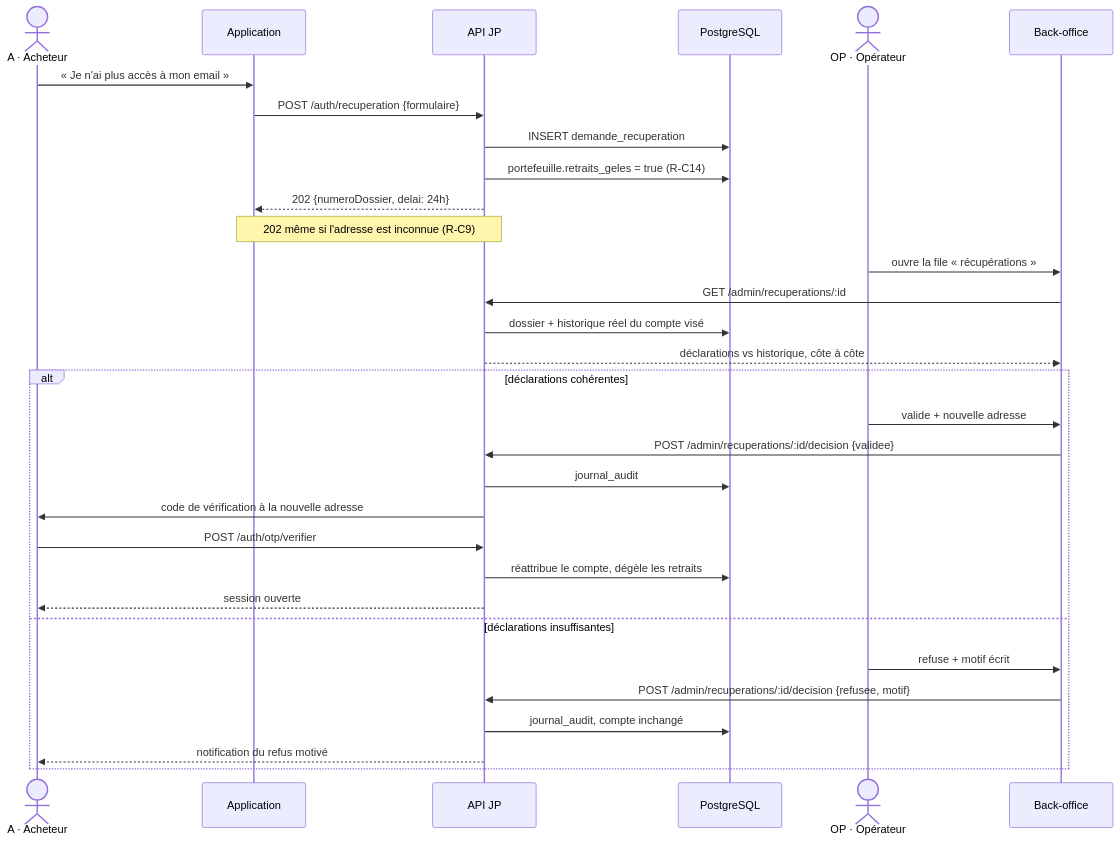
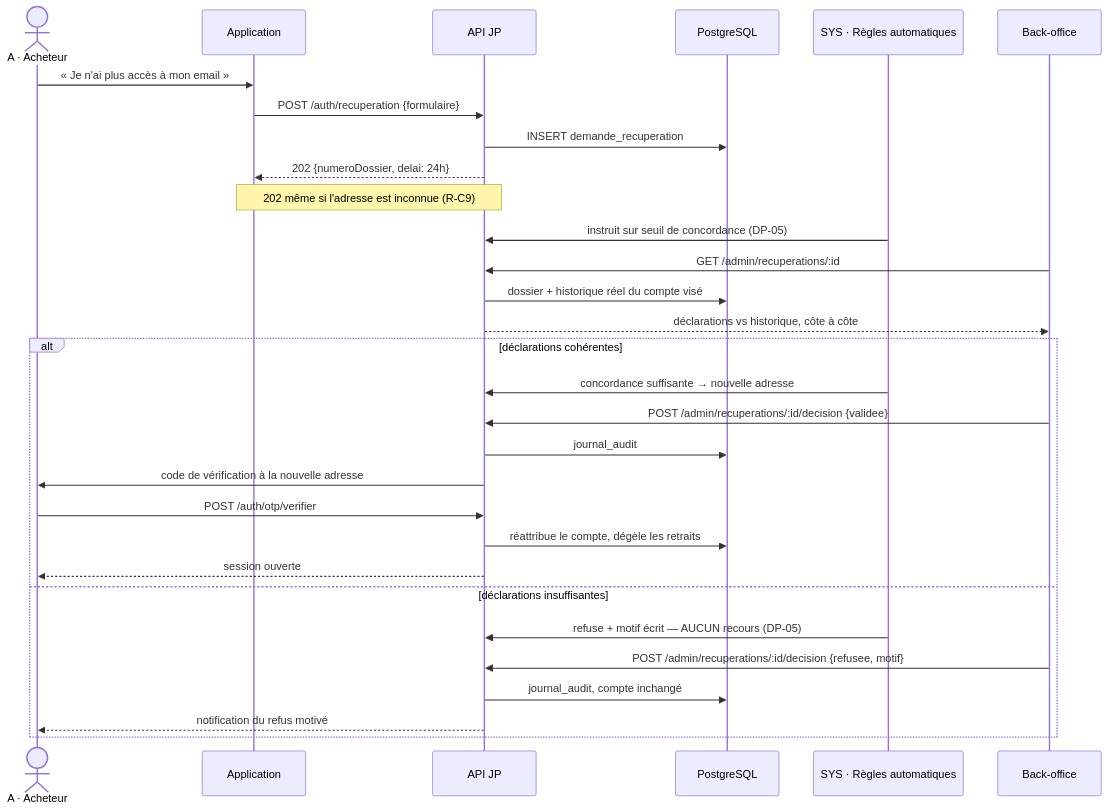
The fifth of 26 diagrams in docs/JP_CAS_UTILISATION.md (andokevin/jp), drawn with Mermaid before and after one commit. The commit also changed other lines of this file and 58 other files, not shown here.

````diff
--- a/docs/JP_CAS_UTILISATION.md
+++ b/docs/JP_CAS_UTILISATION.md
@@ -380,35 +396,34 @@
 ```mermaid
 sequenceDiagram
     actor A as A · Acheteur
     participant APP as Application
     participant API as API JP
     participant DB as PostgreSQL
-    actor OP as OP · Opérateur
+    participant SYS as SYS · Règles automatiques
     participant BO as Back-office
 
     A->>APP: « Je n'ai plus accès à mon email »
     APP->>API: POST /auth/recuperation {formulaire}
     API->>DB: INSERT demande_recuperation
-    API->>DB: portefeuille.retraits_geles = true (R-C14)
     API-->>APP: 202 {numeroDossier, delai: 24h}
     Note over API,APP: 202 même si l'adresse est inconnue (R-C9)
 
-    OP->>BO: ouvre la file « récupérations »
+    SYS->>API: instruit sur seuil de concordance (DP-05)
     BO->>API: GET /admin/recuperations/:id
     API->>DB: dossier + historique réel du compte visé
     API-->>BO: déclarations vs historique, côte à côte
     alt déclarations cohérentes
-        OP->>BO: valide + nouvelle adresse
+        SYS->>API: concordance suffisante → nouvelle adresse
         BO->>API: POST /admin/recuperations/:id/decision {validee}
         API->>DB: journal_audit
         API->>A: code de vérification à la nouvelle adresse
         A->>API: POST /auth/otp/verifier
         API->>DB: réattribue le compte, dégèle les retraits
         API-->>A: session ouverte
     else déclarations insuffisantes
-        OP->>BO: refuse + motif écrit
+        SYS->>API: refuse + motif écrit — AUCUN recours (DP-05)
         BO->>API: POST /admin/recuperations/:id/decision {refusee, motif}
         API->>DB: journal_audit, compte inchangé
         API-->>A: notification du refus motivé
     end
 ```
````
